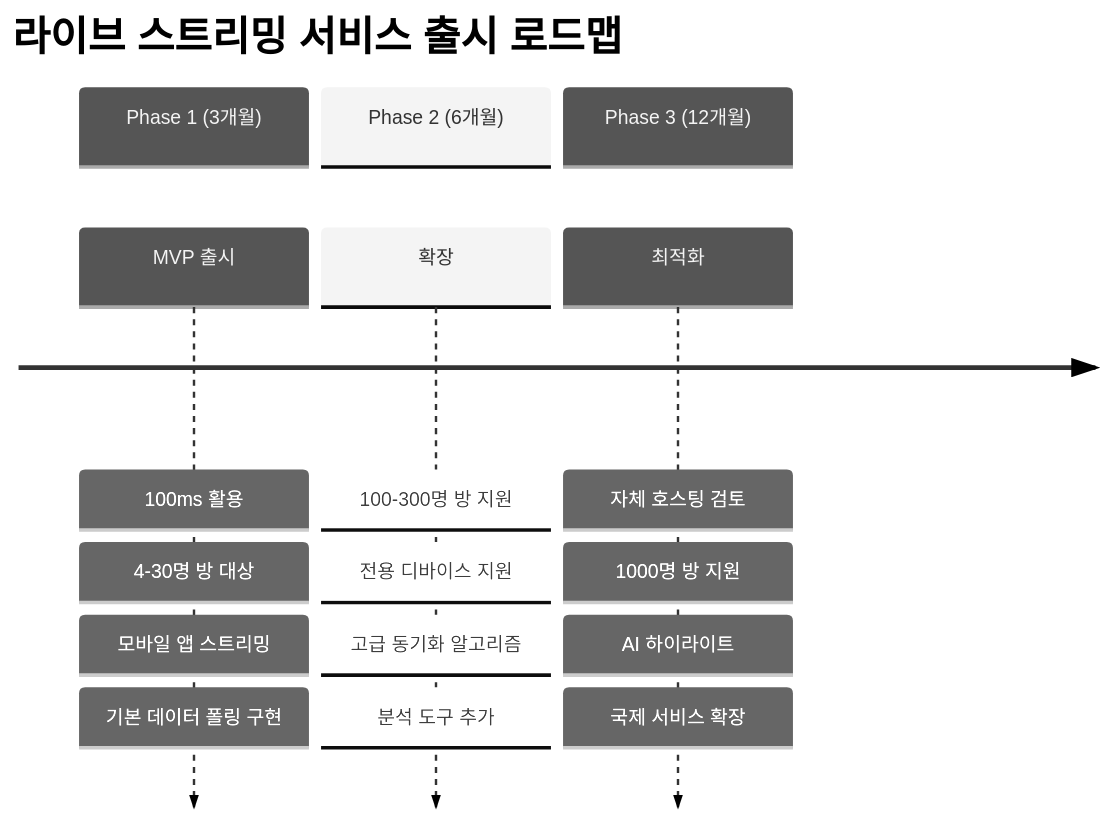
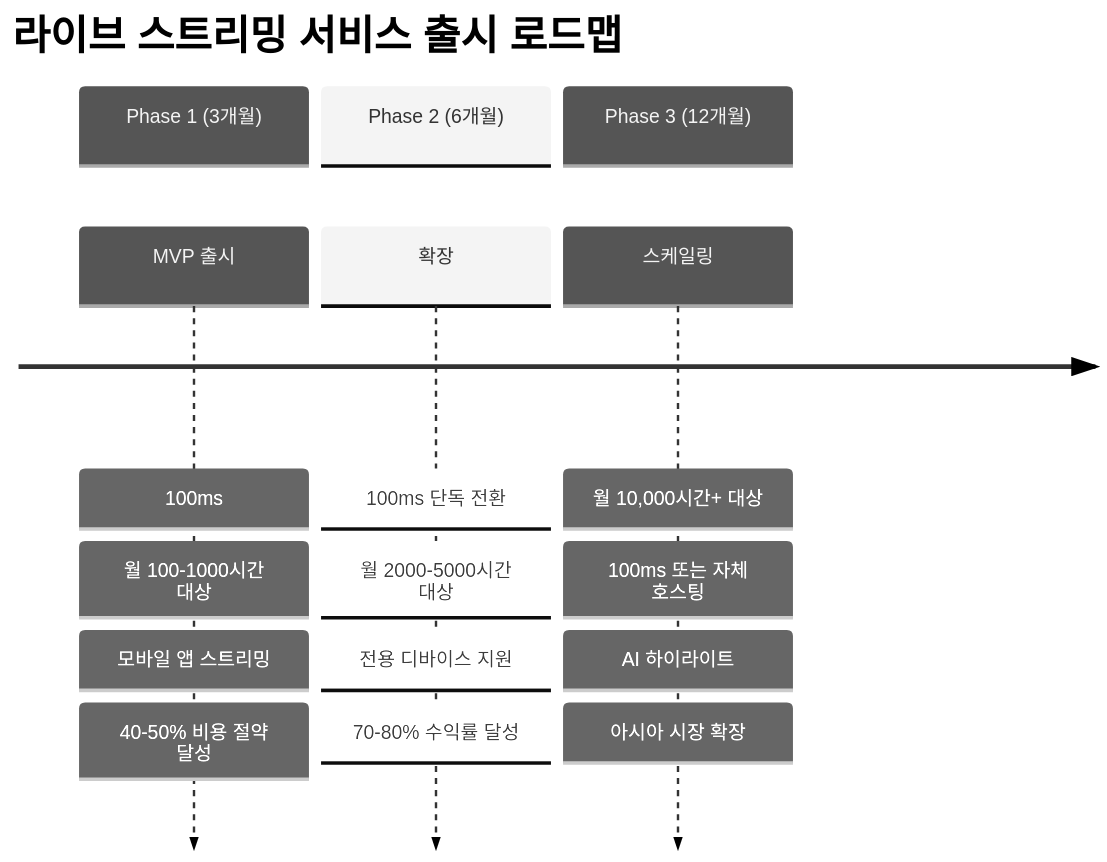
One commit to erichshan/livescore-video-stream changed the fifth of 6 diagrams in README-0.6.md. Above: the diagram before and after it, drawn with Mermaid (neutral theme). The commit also changed other lines of this file and 2 other files, not shown here.

````diff
--- a/README-0.6.md
+++ b/README-0.6.md
@@ -318,22 +379,22 @@
 ```mermaid
 timeline
     title 라이브 스트리밍 서비스 출시 로드맵
     
     section Phase 1 (3개월)
-        MVP 출시 : 100ms 활용
-              : 4-30명 방 대상
+        MVP 출시 : 100ms
+              : 월 100-1000시간 대상
               : 모바일 앱 스트리밍
-              : 기본 데이터 폴링 구현
+              : 40-50% 비용 절약 달성
     
     section Phase 2 (6개월)  
-        확장 : 100-300명 방 지원
+        확장 : 100ms 단독 전환
+           : 월 2000-5000시간 대상
            : 전용 디바이스 지원
-           : 고급 동기화 알고리즘
-           : 분석 도구 추가
+           : 70-80% 수익률 달성
            
     section Phase 3 (12개월)
-        최적화 : 자체 호스팅 검토
-             : 1000명 방 지원
+        스케일링 : 월 10,000시간+ 대상
+             : 100ms 또는 자체 호스팅
              : AI 하이라이트
-             : 국제 서비스 확장
+             : 아시아 시장 확장
 ```
````
